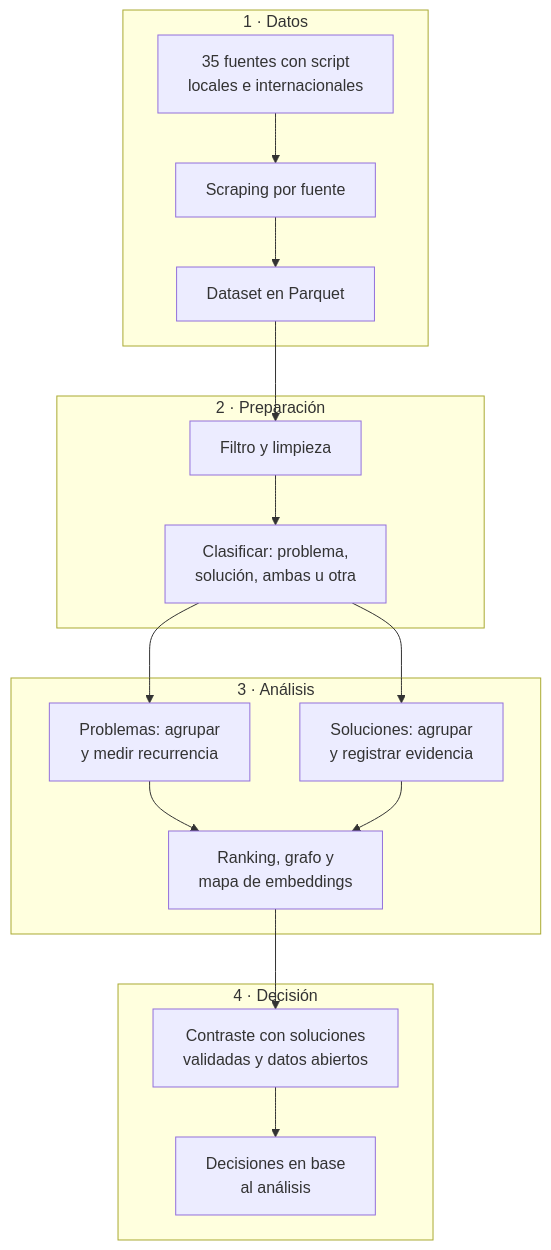
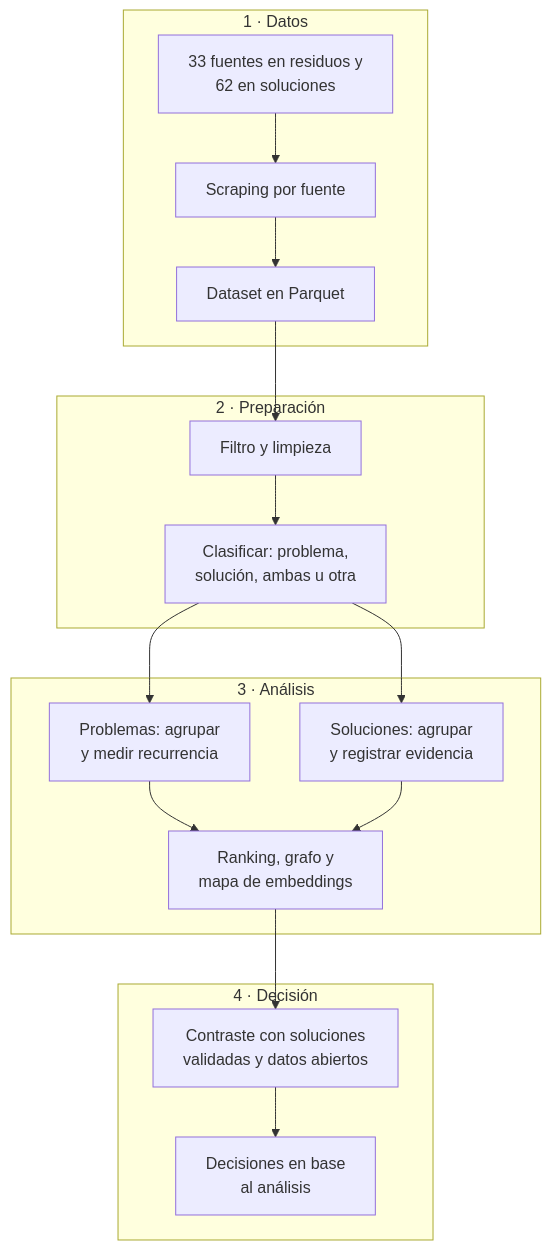
One commit to NachoSamo/pipeline-decision-data changed the second of 2 diagrams in README.md. Above: the diagram before and after it, drawn with Mermaid. The commit also changed other lines of this file and 1 other file, not shown here.

First line of the commit message:
Agregar el análisis de los datasets de residuos y soluciones

````diff
--- a/README.md
+++ b/README.md
@@ -109,27 +109,27 @@
 ```mermaid
 flowchart TB
     subgraph Datos["1 · Datos"]
-        A["35 fuentes con script<br/>locales e internacionales"] --> B["Scraping por fuente"] --> C["Dataset en Parquet"]
+        A["33 fuentes en residuos y<br/>62 en soluciones"] --> B["Scraping por fuente"] --> C["Dataset en Parquet"]
     end
 
     subgraph Preparacion["2 · Preparación"]
         D["Filtro y limpieza"] --> E["Clasificar: problema,<br/>solución, ambas u otra"]
     end
 
     subgraph Analisis["3 · Análisis"]
         F["Problemas: agrupar<br/>y medir recurrencia"]
         G["Soluciones: agrupar<br/>y registrar evidencia"]
         H["Ranking, grafo y<br/>mapa de embeddings"]
         F --> H
         G --> H
     end
 
     subgraph Decision["4 · Decisión"]
         I["Contraste con soluciones<br/>validadas y datos abiertos"] --> J["Decisiones en base<br/>al análisis"]
     end
 
     C --> D
     E --> F
     E --> G
     H --> I
 ```
````
